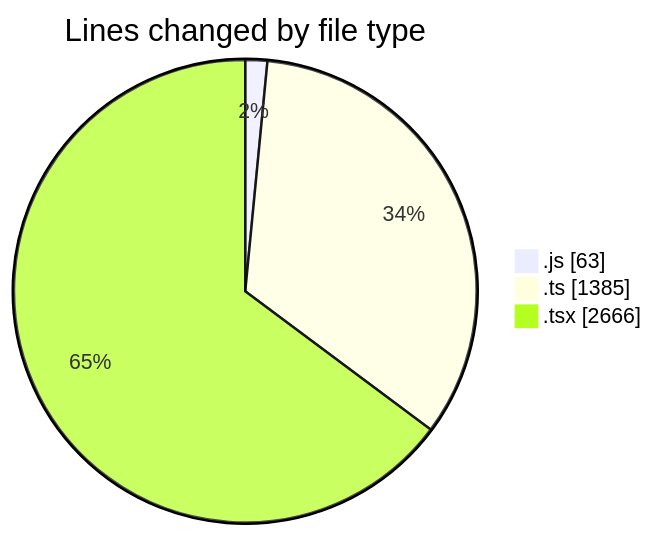
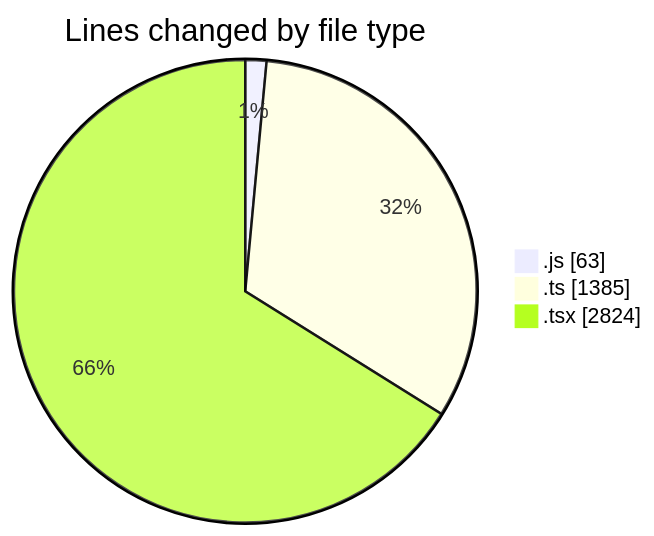
One commit to momahboobian/code-tracking changed the first of 2 diagrams in 2026-08-04/cda/README.md. Above: the diagram before and after it, drawn with Mermaid. The commit also changed other lines of this file and 1 other file, not shown here.

````diff
--- a/2026-08-04/cda/README.md
+++ b/2026-08-04/cda/README.md
@@ -47,7 +47,7 @@
 ```mermaid
 pie showData
 title Lines changed by file type
 ".js" : 63
 ".ts" : 1385
-".tsx" : 2666
+".tsx" : 2824
 ```
````
